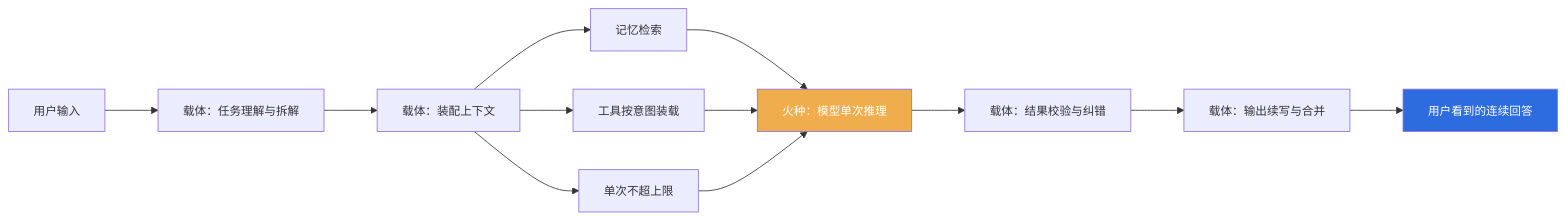
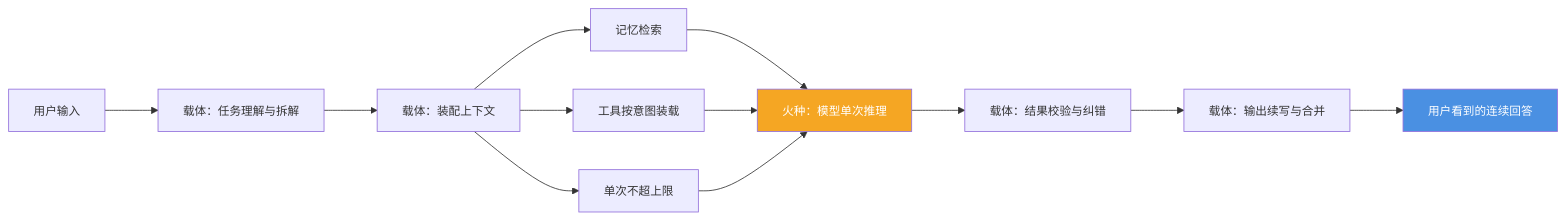
The second of 2 diagrams in docs/press-kit.md (jiangchuangege/xiaojiao-harnees), drawn with Mermaid before and after one commit. The commit also changed other lines of this file and 32 other files, not shown here.

Commit message:
统一：全仓原理图配色到一套调色板 + 给 12 张灰图补色 + 修正自己会睡那张过期图

````diff
--- a/docs/press-kit.md
+++ b/docs/press-kit.md
@@ -182,18 +182,18 @@
 ```mermaid
 %%{init: {"themeVariables": {"fontSize": "14px"}, "flowchart": {"htmlLabels": true, "wrappingWidth": 340, "nodeSpacing": 46, "rankSpacing": 64, "useMaxWidth": true}}}%%
 flowchart LR
     U["用户输入"] --> A["载体：任务理解与拆解"]
     A --> B["载体：装配上下文"]
     B --> B1["记忆检索"]
     B --> B2["工具按意图装载"]
     B --> B3["单次不超上限"]
     B1 --> MODEL["火种：模型单次推理"]
     B2 --> MODEL
     B3 --> MODEL
     MODEL --> C["载体：结果校验与纠错"]
     C --> D["载体：输出续写与合并"]
     D --> E["用户看到的连续回答"]
 
-    style MODEL fill:#f0ad4e,color:#fff
-    style E fill:#2d6cdf,color:#fff
+    style MODEL fill:#F5A623,color:#fff
+    style E fill:#4A90E2,color:#fff
 ```
````
